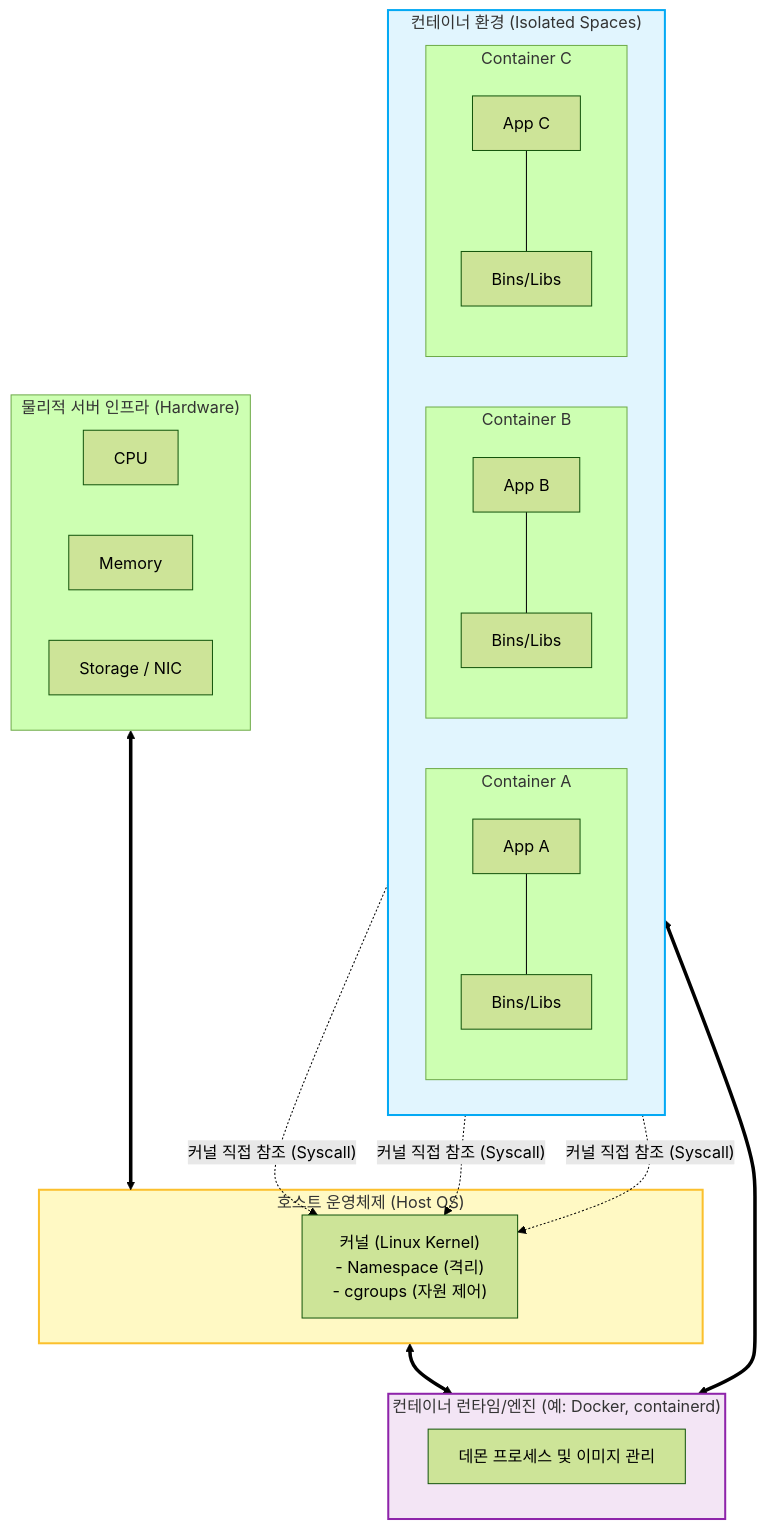
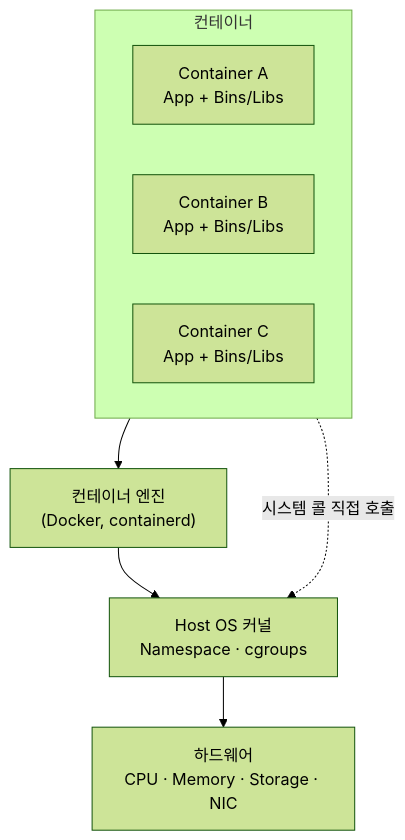
One commit to supremethumb/supremethumb.github.io changed the diagram in content/01_IT Tech/컨테이너.md. Above: the diagram before and after it, drawn with Mermaid (forest theme). The commit also changed other lines of this file and 1087 other files, not shown here.

````diff
--- a/content/01_IT Tech/컨테이너.md
+++ b/content/01_IT Tech/컨테이너.md
@@ -31,49 +34,17 @@
 ```mermaid
 flowchart TD
-    subgraph HW ["물리적 서버 인프라 (Hardware)"]
-        CPU["CPU"]
-        MEM["Memory"]
-        DISK["Storage / NIC"]
+    subgraph Containers ["컨테이너"]
+        direction LR
+        C1["Container A<br/>App + Bins/Libs"]
+        C2["Container B<br/>App + Bins/Libs"]
+        C3["Container C<br/>App + Bins/Libs"]
     end
+    Engine["컨테이너 엔진<br/>(Docker, containerd)"]
+    Kernel["Host OS 커널<br/>Namespace · cgroups"]
+    HW["하드웨어<br/>CPU · Memory · Storage · NIC"]
 
-    subgraph Host_OS ["호스트 운영체제 (Host OS)"]
-        Kernel["커널 (Linux Kernel)\n- Namespace (격리)\n- cgroups (자원 제어)"]
-    end
-
-    subgraph Container_Engine ["컨테이너 런타임/엔진 (예: Docker, containerd)"]
-        Daemon["데몬 프로세스 및 이미지 관리"]
-    end
-
-    subgraph Containers ["컨테이너 환경 (Isolated Spaces)"]
-        direction LR
-        subgraph C1 ["Container A"]
-            App1["App A"]
-            Lib1["Bins/Libs"]
-            App1 --- Lib1
-        end
-        subgraph C2 ["Container B"]
-            App2["App B"]
-            Lib2["Bins/Libs"]
-            App2 --- Lib2
-        end
-        subgraph C3 ["Container C"]
-            App3["App C"]
-            Lib3["Bins/Libs"]
-            App3 --- Lib3
-        end
-    end
-
-    HW <==> Host_OS
-    Host_OS <==> Container_Engine
-    Container_Engine <==> Containers
-    
-    C1 -. "커널 직접 참조 (Syscall)" .-> Kernel
-    C2 -. "커널 직접 참조 (Syscall)" .-> Kernel
-    C3 -. "커널 직접 참조 (Syscall)" .-> Kernel
-
-    style Containers fill:#e1f5fe,stroke:#03a9f4,stroke-width:2px
-    style Host_OS fill:#fff9c4,stroke:#fbc02d,stroke-width:2px
-    style Container_Engine fill:#f3e5f5,stroke:#8e24aa,stroke-width:2px
-
-
+    Containers --> Engine
+    Engine --> Kernel
+    Kernel --> HW
+    C1 -.->|"시스템 콜 직접 호출"| Kernel
 ```
````
